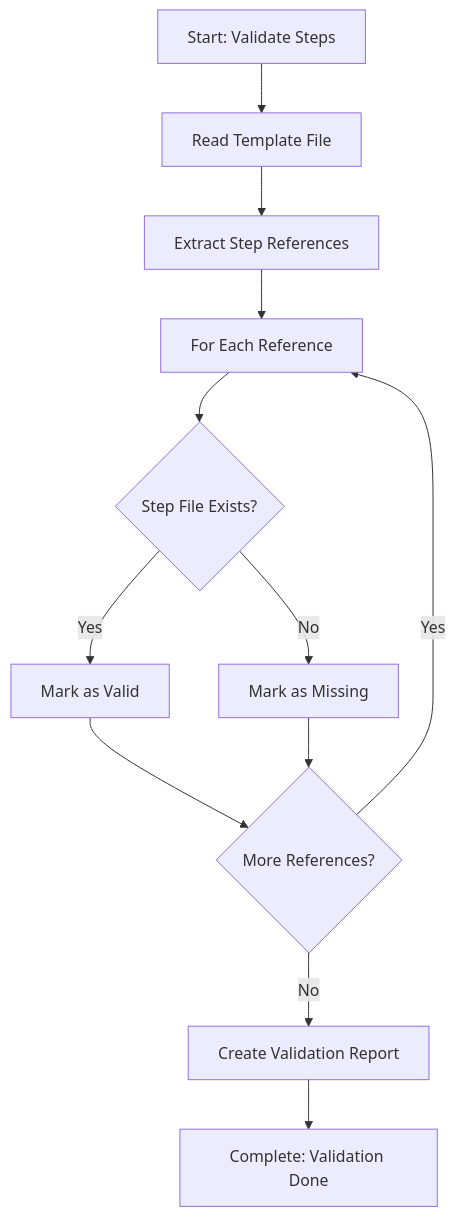
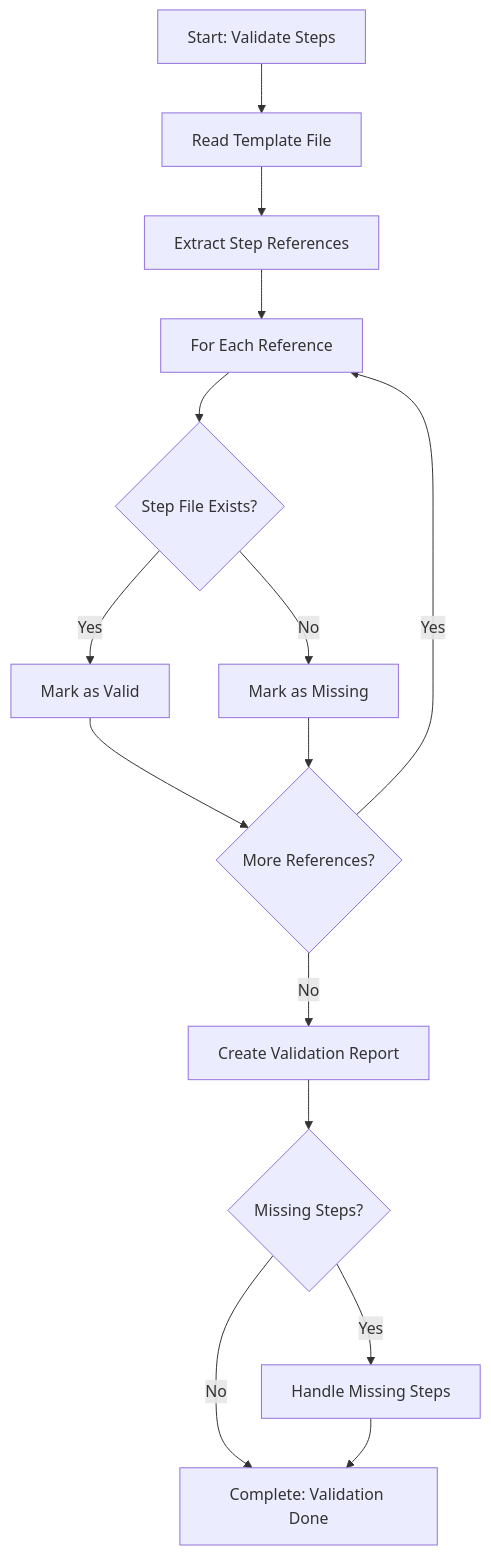
One commit to HMTools/agentic-processes changed the diagram in .processes/steps/template/validate-process-steps-exist.md. Above: the diagram before and after it, drawn with Mermaid. The commit also changed other lines of this file and 77 other files, not shown here.

First line of the commit message:
Transforms to JSON-first agent architecture

````diff
--- a/.processes/steps/template/validate-process-steps-exist.md
+++ b/.processes/steps/template/validate-process-steps-exist.md
@@ -60,14 +29,17 @@
 ```mermaid
 flowchart TD
     A[Start: Validate Steps] --> B[Read Template File]
     B --> C[Extract Step References]
     C --> D[For Each Reference]
     D --> E{Step File Exists?}
     E -->|Yes| F[Mark as Valid]
     E -->|No| G[Mark as Missing]
     F --> H{More References?}
     G --> H
     H -->|Yes| D
     H -->|No| I[Create Validation Report]
-    I --> J[Complete: Validation Done]
+    I --> J{Missing Steps?}
+    J -->|Yes| K[Handle Missing Steps]
+    J -->|No| L[Complete: Validation Done]
+    K --> L
 ```
````
